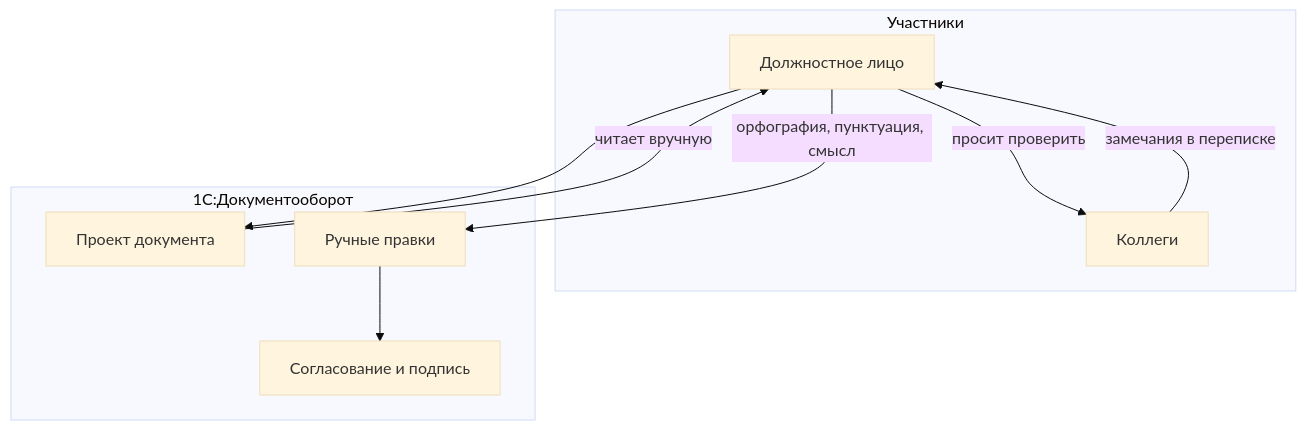
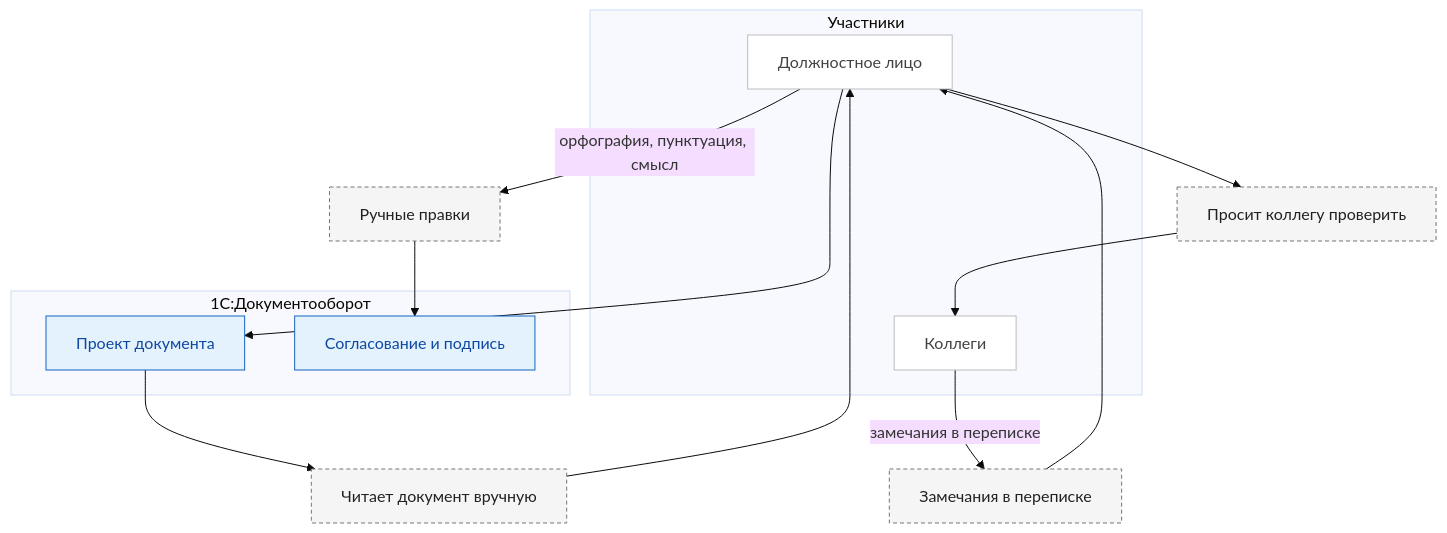
Before and after one commit to igorvolk1961/ai_scrivener: diagram 15 of 16 in docs/process-diagrams.md, drawn with Mermaid (base theme). The commit also changed other lines of this file and 16 other files, not shown here.

First line of the commit message:
Reorganize docs, add C4 model and color process diagrams

````diff
--- a/docs/process-diagrams.md
+++ b/docs/process-diagrams.md
@@ -474,18 +609,27 @@
 ```mermaid
 flowchart TD
   subgraph P10["Участники"]
     DL["Должностное лицо"]
     COL["Коллеги"]
   end
   subgraph B10["1С:Документооборот"]
     DOC["Проект документа"]
-    EDIT["Ручные правки"]
     SIGN["Согласование и подпись"]
   end
+  READ["Читает документ вручную"]
+  EDIT["Ручные правки"]
+  ASK["Просит коллегу проверить"]
+  REMARKS["Замечания в переписке"]
   DL --> DOC
-  DOC -->|"читает вручную"| DL
+  DOC --> READ --> DL
   DL -->|"орфография, пунктуация, смысл"| EDIT
-  DL -->|"просит проверить"| COL
-  COL -->|"замечания в переписке"| DL
+  DL --> ASK --> COL
+  COL -->|"замечания в переписке"| REMARKS --> DL
   EDIT --> SIGN
+  classDef base fill:#E3F2FD,stroke:#1565C0,color:#0D47A1
+  classDef manual fill:#F5F5F5,stroke:#757575,color:#212121,stroke-dasharray: 4 3
+  classDef actor fill:#FFFFFF,stroke:#BDBDBD,color:#424242
+  class DL,COL actor
+  class DOC,SIGN base
+  class READ,EDIT,ASK,REMARKS manual
 ```
````
